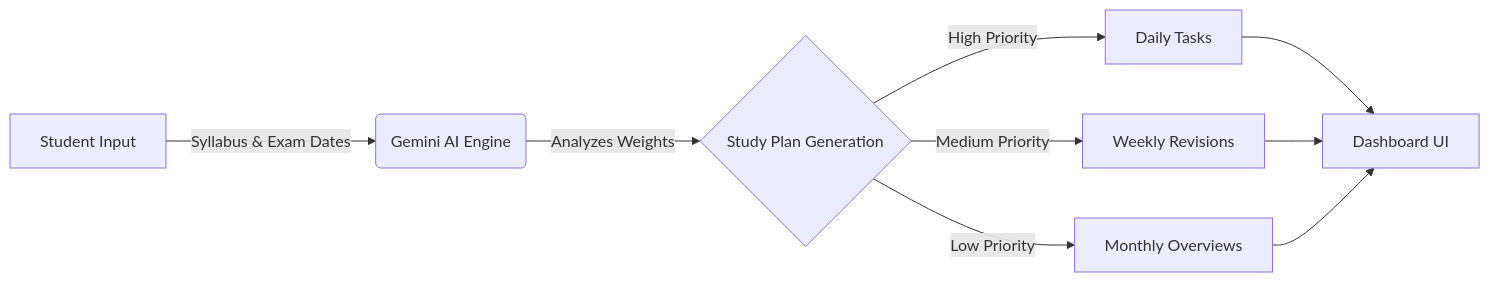
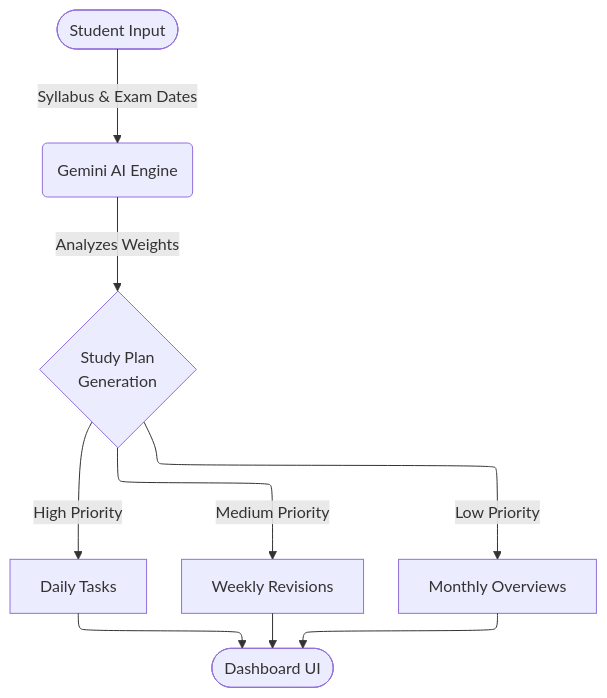
One commit to divyanshus2404/BlueBottleCap-Saas changed the first of 4 diagrams in README.md. Above: the diagram before and after it, drawn with Mermaid. The commit also changed other lines of this file, not shown here.

Commit message:
style: fix mermaid chart overlapping and layout issues using elk renderer

````diff
--- a/README.md
+++ b/README.md
@@ -34,11 +34,14 @@
 ```mermaid
-graph LR
-    A[Student Input] -->|Syllabus & Exam Dates| B(Gemini AI Engine)
-    B -->|Analyzes Weights| C{Study Plan Generation}
+%%{init: {"flowchart": {"defaultRenderer": "elk", "nodeSpacing": 80, "rankSpacing": 80}}}%%
+graph TD
+    A([Student Input]) -->|Syllabus & Exam Dates| B(Gemini AI Engine)
+    B -->|Analyzes Weights| C{Study Plan<br/>Generation}
+    
     C -->|High Priority| D[Daily Tasks]
     C -->|Medium Priority| E[Weekly Revisions]
     C -->|Low Priority| F[Monthly Overviews]
-    D --> G[Dashboard UI]
+    
+    D --> G([Dashboard UI])
     E --> G
     F --> G
 ```
````
